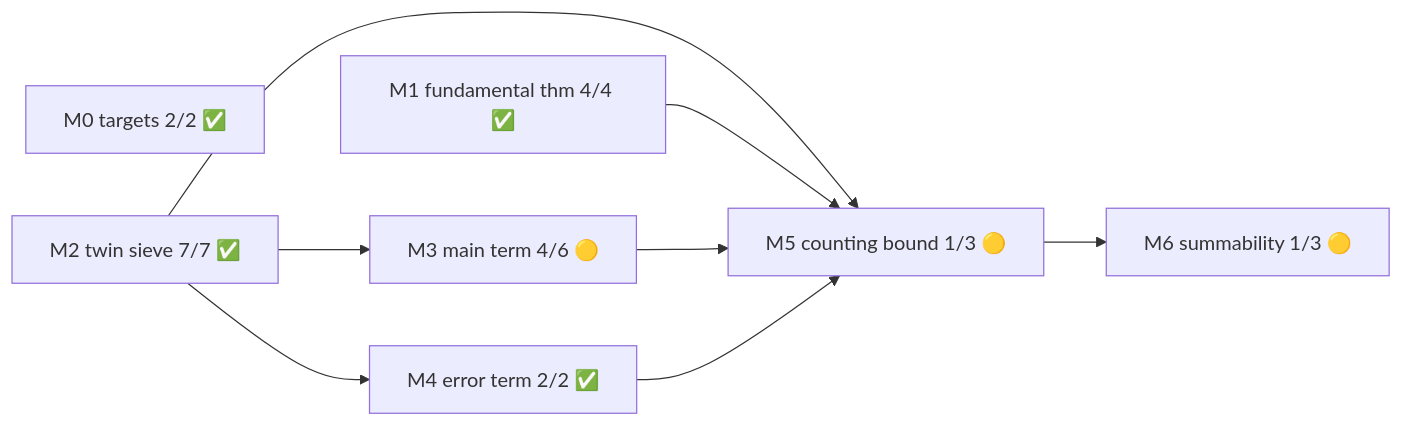
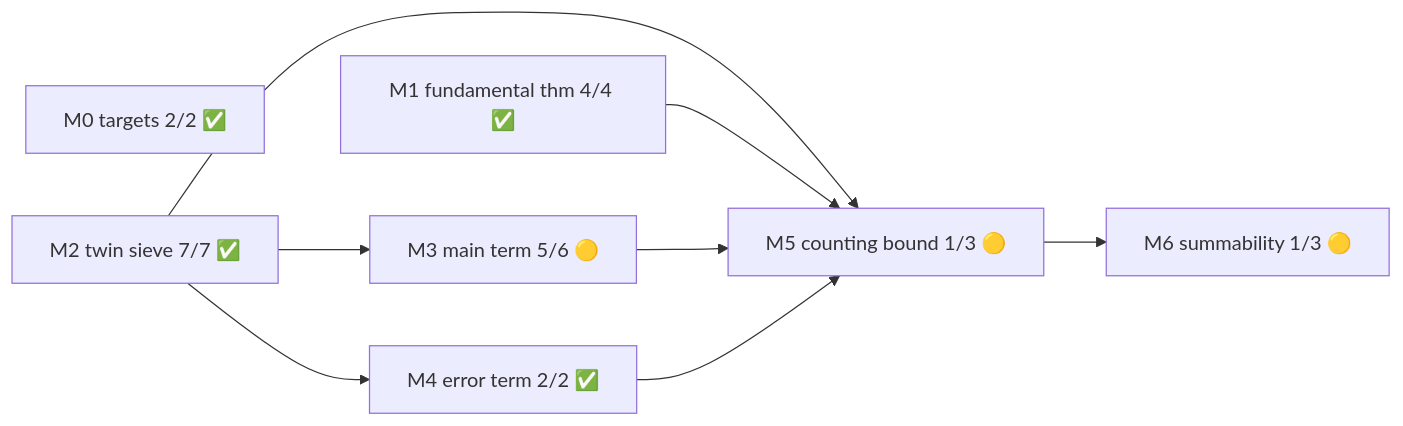
One commit to jyh/salt changed the first of 2 diagrams in docs/blueprints/brun-guide.md. Above: the diagram before and after it, drawn with Mermaid. The commit also changed other lines of this file and 3 other files, not shown here.

````diff
--- a/docs/blueprints/brun-guide.md
+++ b/docs/blueprints/brun-guide.md
@@ -219,17 +221,17 @@
 ```mermaid
 flowchart LR
   M0["M0 targets 2/2 ✅"]
   M1["M1 fundamental thm 4/4 ✅"]
   M2["M2 twin sieve 7/7 ✅"]
-  M3["M3 main term 4/6 🟡"]
+  M3["M3 main term 5/6 🟡"]
   M4["M4 error term 2/2 ✅"]
   M5["M5 counting bound 1/3 🟡"]
   M6["M6 summability 1/3 🟡"]
   M2 --> M3
   M2 --> M4
   M2 --> M5
   M1 --> M5
   M3 --> M5
   M4 --> M5
   M5 --> M6
 ```
````
